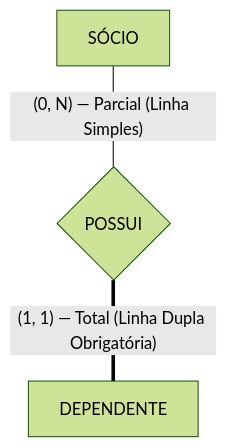
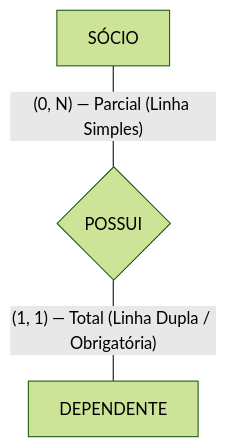
Before and after one commit to leorruas/puc: the third of 14 diagrams in 02. Modelagem de Dados/06. Modelagem de relacionamentos, cardinalidade e restrições de participação.md, drawn with Mermaid (forest theme). The commit also changed other lines of this file and 1 other file, not shown here.

Commit message:
fix(mermaid): correct edge syntax from invalid ===| to valid ---| with label and fix double-bracket/hexagon syntax

````diff
--- a/02. Modelagem de Dados/06. Modelagem de relacionamentos, cardinalidade e restrições de participação.md
+++ b/02. Modelagem de Dados/06. Modelagem de relacionamentos, cardinalidade e restrições de participação.md
@@ -69,5 +69,5 @@
 ```mermaid
 flowchart TD
     Socio["SÓCIO"] ---|"(0, N) — Parcial (Linha Simples)"| RelDep{"POSSUI"}
-    RelDep ===|"(1, 1) — Total (Linha Dupla Obrigatória)"| Dep["DEPENDENTE"]
+    RelDep ---|"(1, 1) — Total (Linha Dupla / Obrigatória)"| Dep["DEPENDENTE"]
 ```
````
